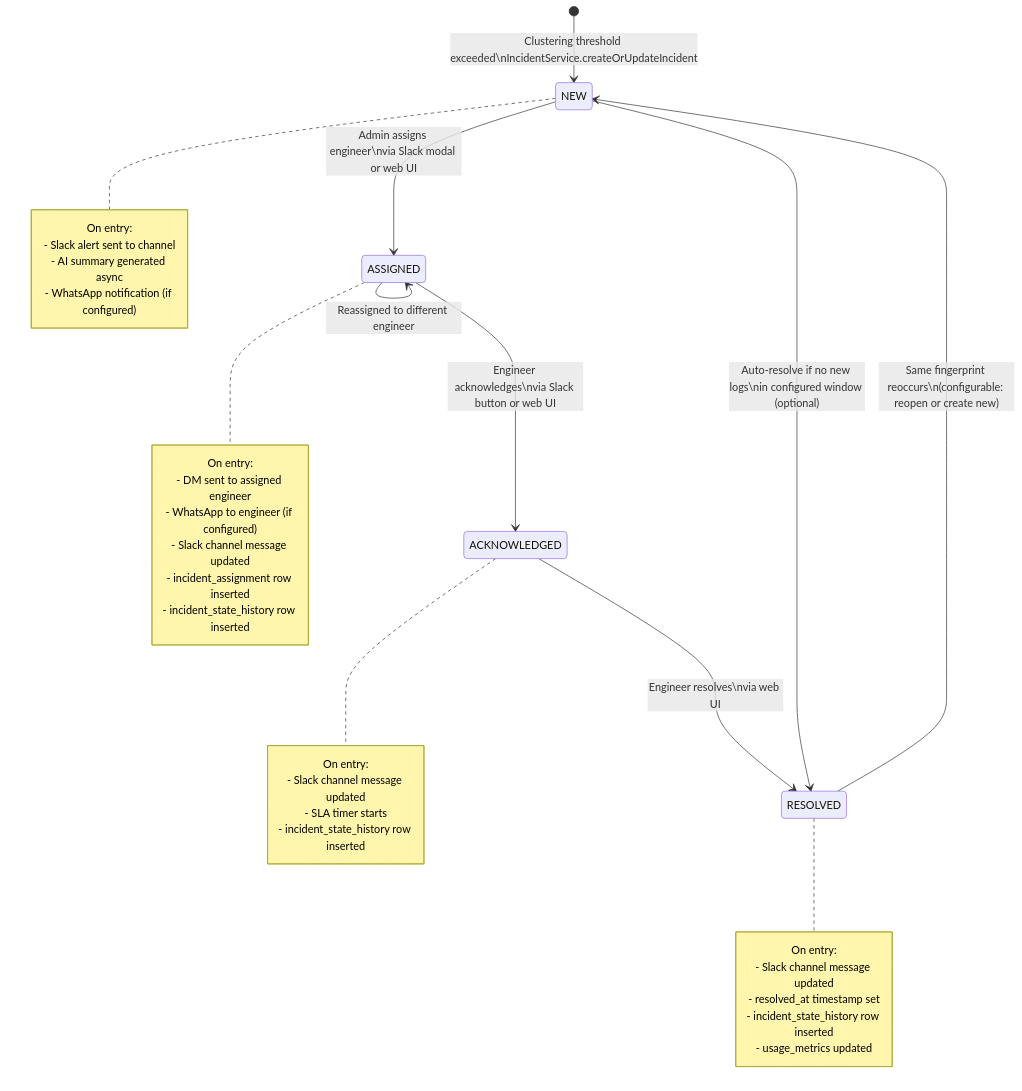
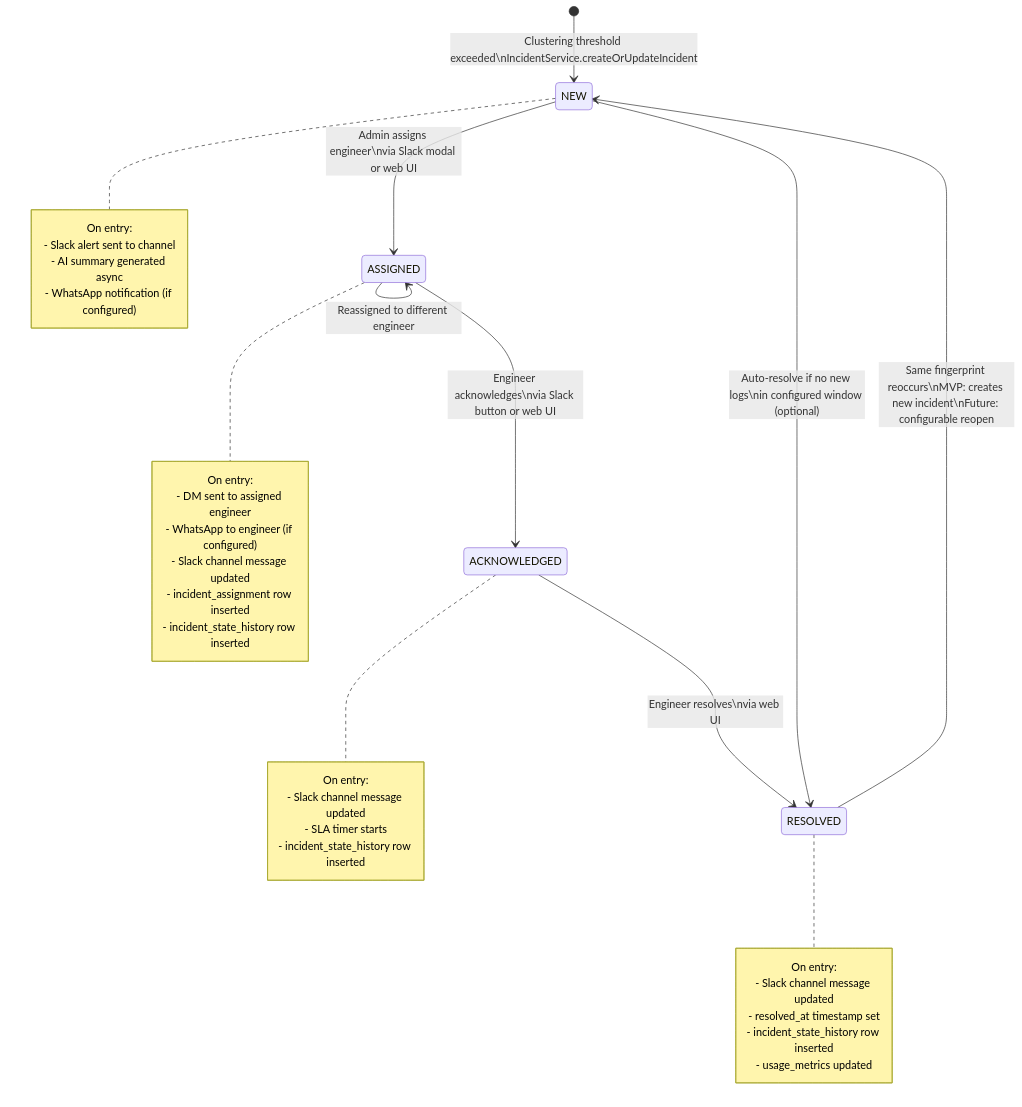
Before and after one commit to ashmitjsg/log0-website: the third of 7 diagrams in content/docs/architecture/flow-diagrams.mdx, drawn with Mermaid. The commit also changed 1 other file, not shown here.

Commit message:
feat: [log0-docs] mark Notification Service complete — ROADMAP and lld-uml updated, MVP at 60%

````diff
--- a/content/docs/architecture/flow-diagrams.mdx
+++ b/content/docs/architecture/flow-diagrams.mdx
@@ -208,47 +208,47 @@
 ```mermaid
 stateDiagram-v2
     [*] --> NEW : Clustering threshold exceeded\nIncidentService.createOrUpdateIncident
 
     NEW --> ASSIGNED : Admin assigns engineer\nvia Slack modal or web UI
 
     ASSIGNED --> ACKNOWLEDGED : Engineer acknowledges\nvia Slack button or web UI
 
     ACKNOWLEDGED --> RESOLVED : Engineer resolves\nvia web UI
 
-    RESOLVED --> NEW : Same fingerprint reoccurs\n(configurable: reopen or create new)
+    RESOLVED --> NEW : Same fingerprint reoccurs\nMVP: creates new incident\nFuture: configurable reopen
 
     ASSIGNED --> ASSIGNED : Reassigned to different engineer
 
     NEW --> RESOLVED : Auto-resolve if no new logs\nin configured window (optional)
 
     note right of NEW
         On entry:
         - Slack alert sent to channel
         - AI summary generated async
         - WhatsApp notification (if configured)
     end note
 
     note right of ASSIGNED
         On entry:
         - DM sent to assigned engineer
         - WhatsApp to engineer (if configured)
         - Slack channel message updated
         - incident_assignment row inserted
         - incident_state_history row inserted
     end note
 
     note right of ACKNOWLEDGED
         On entry:
         - Slack channel message updated
         - SLA timer starts
         - incident_state_history row inserted
     end note
 
     note right of RESOLVED
         On entry:
         - Slack channel message updated
         - resolved_at timestamp set
         - incident_state_history row inserted
         - usage_metrics updated
     end note
 ```
````
